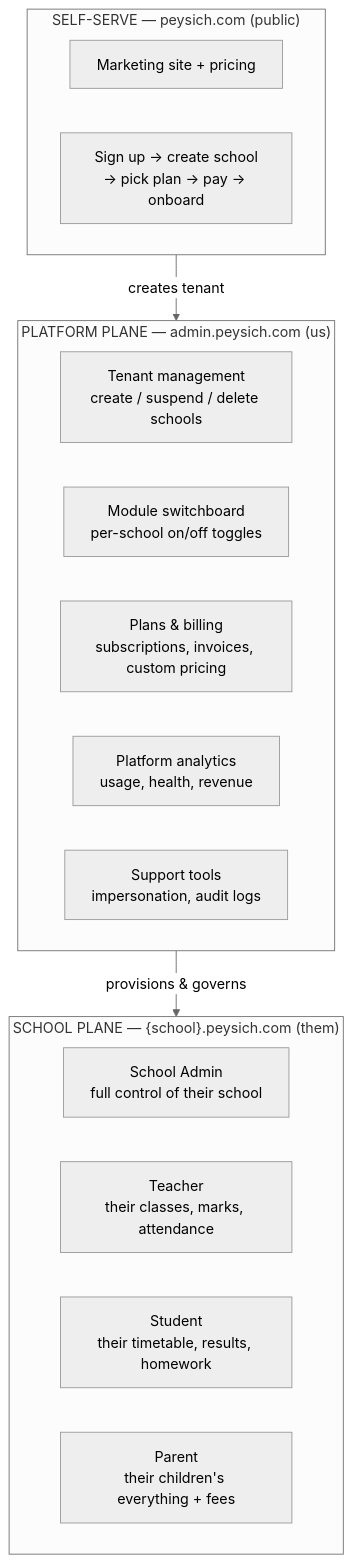
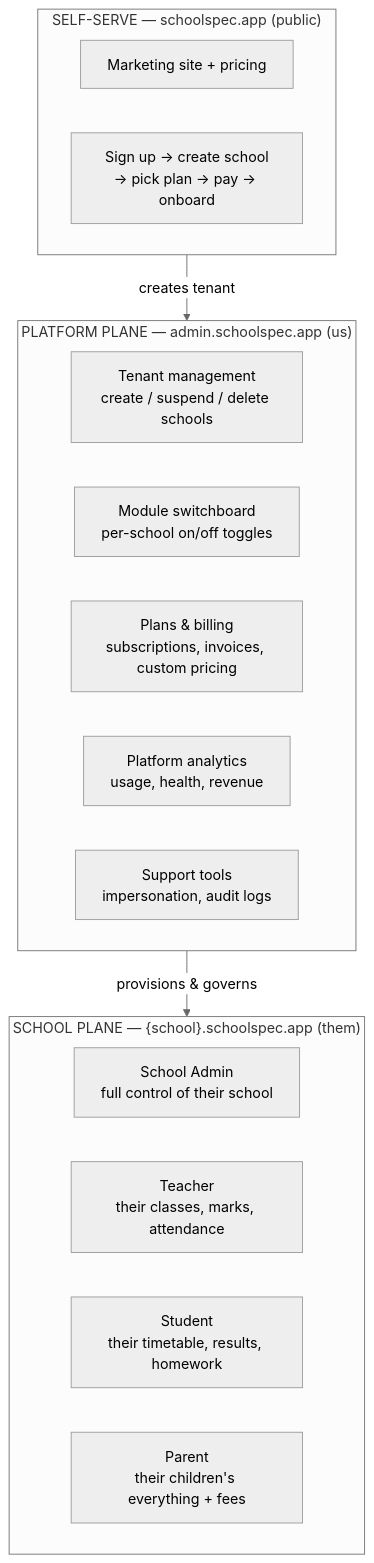
Before and after one commit to ElkanHub/Peysich: the first of 2 diagrams in docs/00-overview.md, drawn with Mermaid (neutral theme). The commit also changed other lines of this file and 140 other files, not shown here.

````diff
--- a/docs/00-overview.md
+++ b/docs/00-overview.md
@@ -25,28 +25,28 @@
 ```mermaid
 flowchart TB
-    subgraph PP["PLATFORM PLANE  —  admin.peysich.com  (us)"]
+    subgraph PP["PLATFORM PLANE  —  admin.schoolspec.app  (us)"]
         direction LR
         T1[Tenant management<br/>create / suspend / delete schools]
         T2[Module switchboard<br/>per-school on/off toggles]
         T3[Plans & billing<br/>subscriptions, invoices, custom pricing]
         T4[Platform analytics<br/>usage, health, revenue]
         T5[Support tools<br/>impersonation, audit logs]
     end
 
-    subgraph SP["SCHOOL PLANE  —  {school}.peysich.com  (them)"]
+    subgraph SP["SCHOOL PLANE  —  {school}.schoolspec.app  (them)"]
         direction LR
         R1[School Admin<br/>full control of their school]
         R2[Teacher<br/>their classes, marks, attendance]
         R3[Student<br/>their timetable, results, homework]
         R4[Parent<br/>their children's everything + fees]
     end
 
-    subgraph SS["SELF-SERVE  —  peysich.com  (public)"]
+    subgraph SS["SELF-SERVE  —  schoolspec.app  (public)"]
         direction LR
         M1[Marketing site + pricing]
         M2[Sign up → create school<br/>→ pick plan → pay → onboard]
     end
 
     SS -->|creates tenant| PP
     PP -->|provisions & governs| SP
 ```
````
